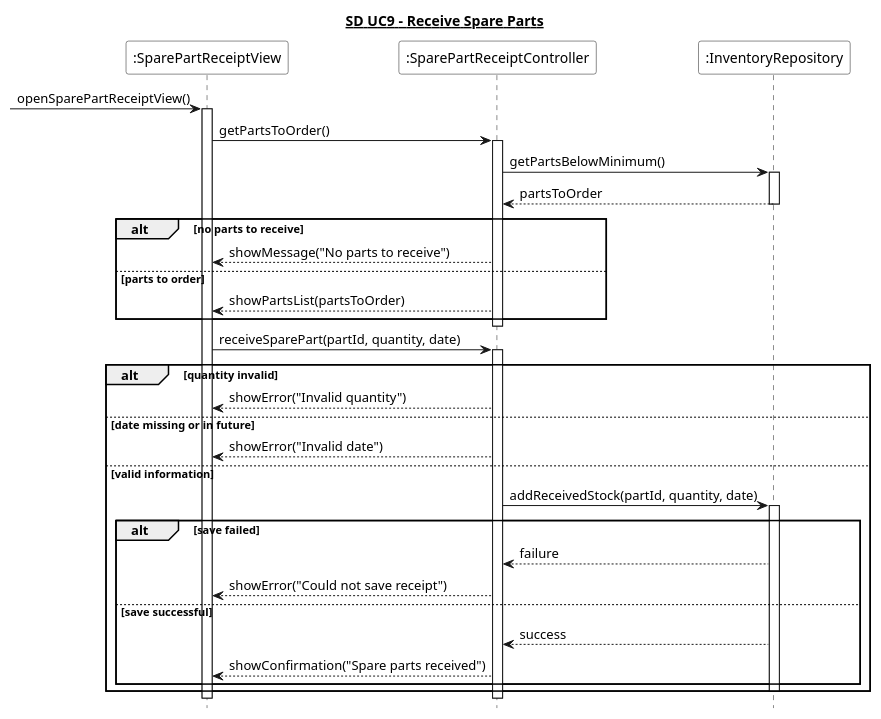
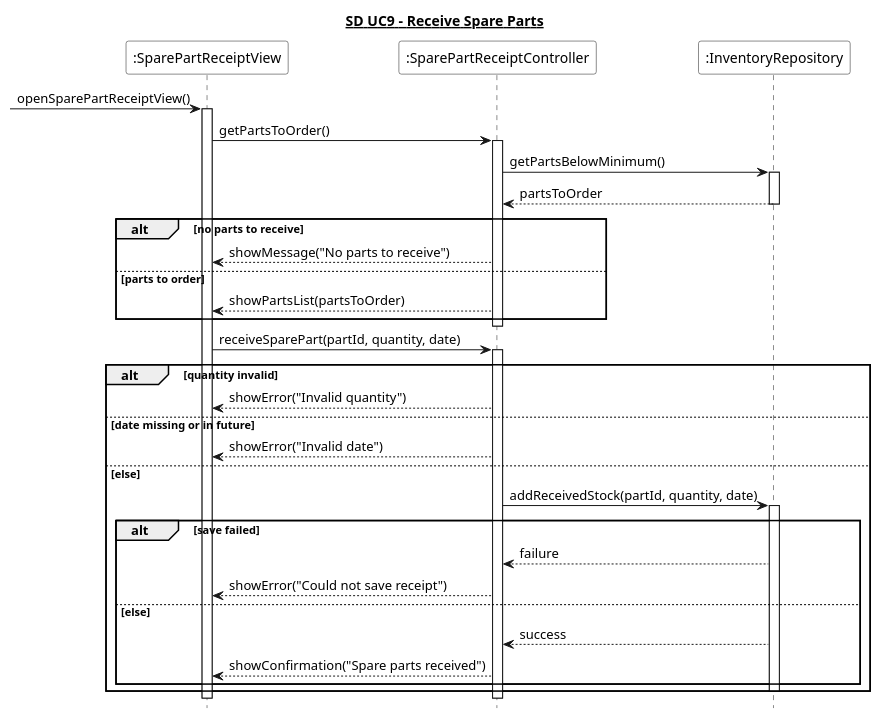
Before and after one commit to Zoabz/Getting-Real: the diagram in 6. Sekvens Diagrammer/UC9_opret_reservedele_modtagelse.puml, drawn with PlantUML. The commit also changed 7 other files, not shown here.

```diff
--- a/6. Sekvens Diagrammer/UC9_opret_reservedele_modtagelse.puml
+++ b/6. Sekvens Diagrammer/UC9_opret_reservedele_modtagelse.puml
@@ -1,57 +1,57 @@
 @startuml
 hide footbox
 title <U>SD UC9 - Receive Spare Parts
 
 participant ":SparePartReceiptView" as View #White
 participant ":SparePartReceiptController" as Controller #White
 participant ":InventoryRepository" as Repository #White
 
 [-> View : openSparePartReceiptView()
 activate View
 
 View -> Controller : getPartsToOrder()
 activate Controller
 
 Controller -> Repository : getPartsBelowMinimum()
 activate Repository
 Repository --> Controller : partsToOrder
 deactivate Repository
 
 alt no parts to receive
     Controller --> View : showMessage("No parts to receive")
 
 else parts to order
     Controller --> View : showPartsList(partsToOrder)
 end
 
 deactivate Controller
 
 View -> Controller : receiveSparePart(partId, quantity, date)
 activate Controller
 
 alt quantity invalid
     Controller --> View : showError("Invalid quantity")
 
 else date missing or in future
     Controller --> View : showError("Invalid date")
 
-else valid information
+else else
     Controller -> Repository : addReceivedStock(partId, quantity, date)
     activate Repository
 
     alt save failed
         Repository --> Controller : failure
         Controller --> View : showError("Could not save receipt")
 
-    else save successful
+    else else
         Repository --> Controller : success
         Controller --> View : showConfirmation("Spare parts received")
     end
 
     deactivate Repository
 end
 
 deactivate Controller
 deactivate View
 
 @enduml
```
